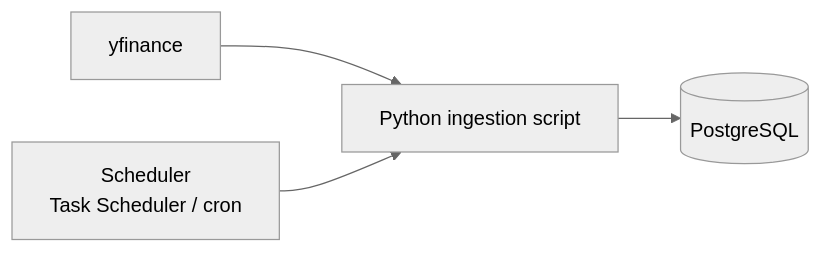
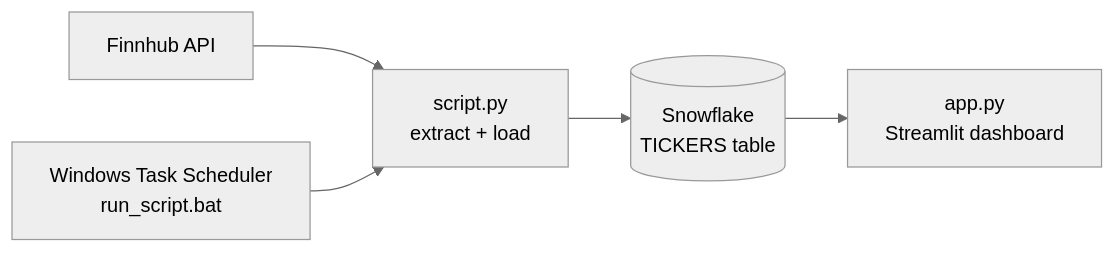
One commit to ssilvestre95/global-top50-pipeline changed the diagram in README.md. Above: the diagram before and after it, drawn with Mermaid (neutral theme). The commit also changed other lines of this file, not shown here.

````diff
--- a/README.md
+++ b/README.md
@@ -9,6 +7,7 @@
 ```mermaid
 flowchart LR
-    A[yfinance] --> B[Python ingestion script]
-    B --> C[(PostgreSQL)]
-    D[Scheduler<br/>Task Scheduler / cron] --> B
+    A[Finnhub API] --> B[script.py<br/>extract + load]
+    B --> C[(Snowflake<br/>TICKERS table)]
+    C --> D[app.py<br/>Streamlit dashboard]
+    E[Windows Task Scheduler<br/>run_script.bat] --> B
 ```
````
